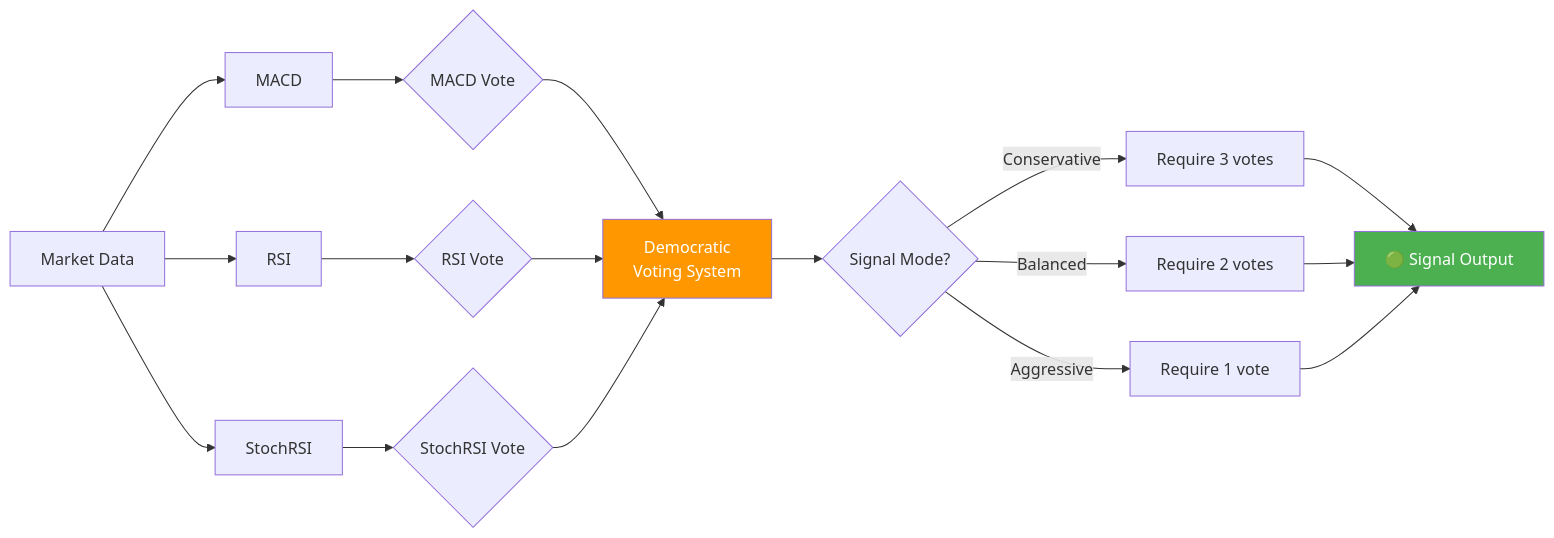
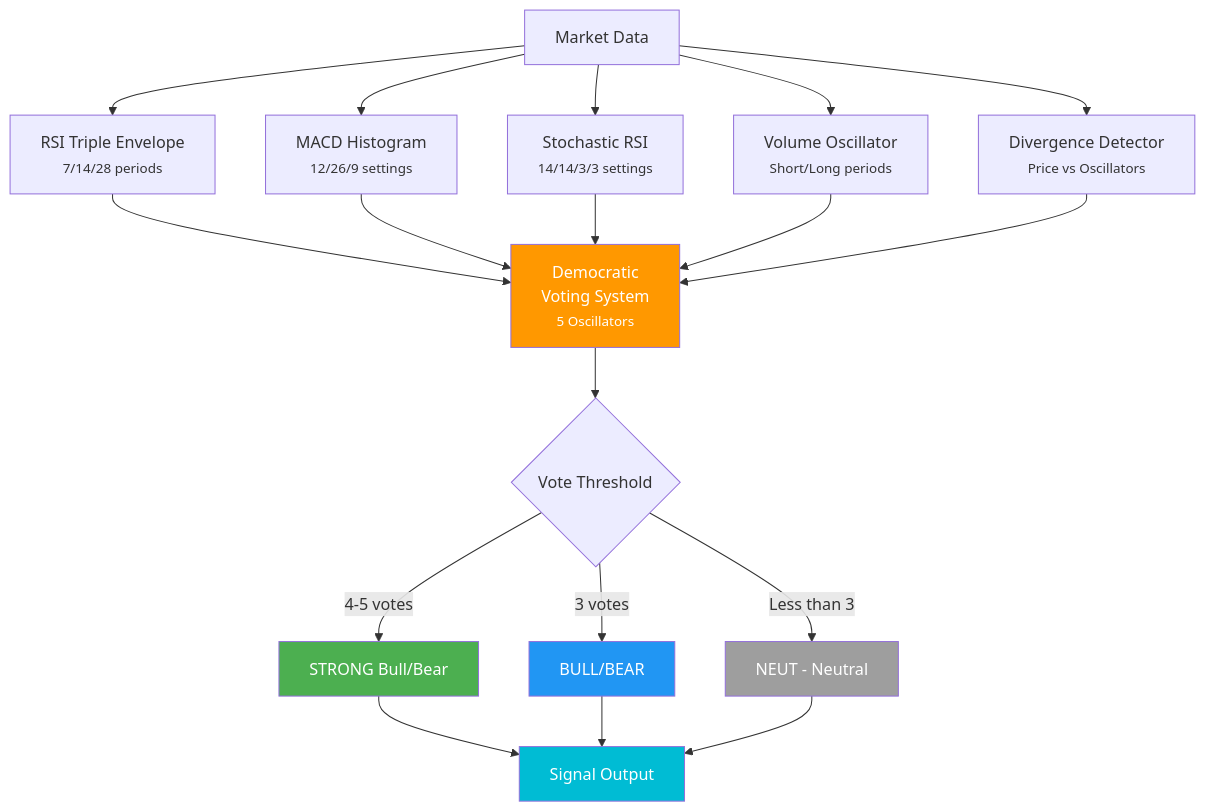
Before and after one commit to Signalpilot/signalpilot-docs: the fourth of 12 diagrams in MERMAID_DIAGRAMS.md, drawn with Mermaid. The commit also changed other lines of this file and 3 other files, not shown here.

````diff
--- a/MERMAID_DIAGRAMS.md
+++ b/MERMAID_DIAGRAMS.md
@@ -126,27 +127,30 @@
 ```mermaid
-graph LR
-    A[Market Data] --> B[MACD]
-    A --> C[RSI]
-    A --> D[StochRSI]
+graph TD
+    A[Market Data] --> B1[RSI Triple Envelope<br/><small>7/14/28 periods</small>]
+    A --> B2[MACD Histogram<br/><small>12/26/9 settings</small>]
+    A --> B3[Stochastic RSI<br/><small>14/14/3/3 settings</small>]
+    A --> B4[Volume Oscillator<br/><small>Short/Long periods</small>]
+    A --> B5[Divergence Detector<br/><small>Price vs Oscillators</small>]
 
-    B --> E{MACD Vote}
-    C --> F{RSI Vote}
-    D --> G{StochRSI Vote}
+    B1 --> H[Democratic<br/>Voting System<br/><small>5 Oscillators</small>]
+    B2 --> H
+    B3 --> H
+    B4 --> H
+    B5 --> H
 
-    E --> H[Democratic<br/>Voting System]
-    F --> H
-    G --> H
+    H --> I{Vote Threshold}
 
-    H --> I{Signal Mode?}
+    I -->|4-5 votes| J[STRONG Bull/Bear]
+    I -->|3 votes| K[BULL/BEAR]
+    I -->|Less than 3| L[NEUT - Neutral]
 
-    I -->|Conservative| J[Require 3 votes]
-    I -->|Balanced| K[Require 2 votes]
-    I -->|Aggressive| L[Require 1 vote]
-
-    J --> M[🟢 Signal Output]
+    J --> M[Signal Output]
     K --> M
     L --> M
 
     style H fill:#ff9800,color:#fff
-    style M fill:#4caf50,color:#fff
+    style J fill:#4caf50,color:#fff
+    style K fill:#2196f3,color:#fff
+    style L fill:#9e9e9e,color:#fff
+    style M fill:#00bcd4,color:#fff
 ```
````
